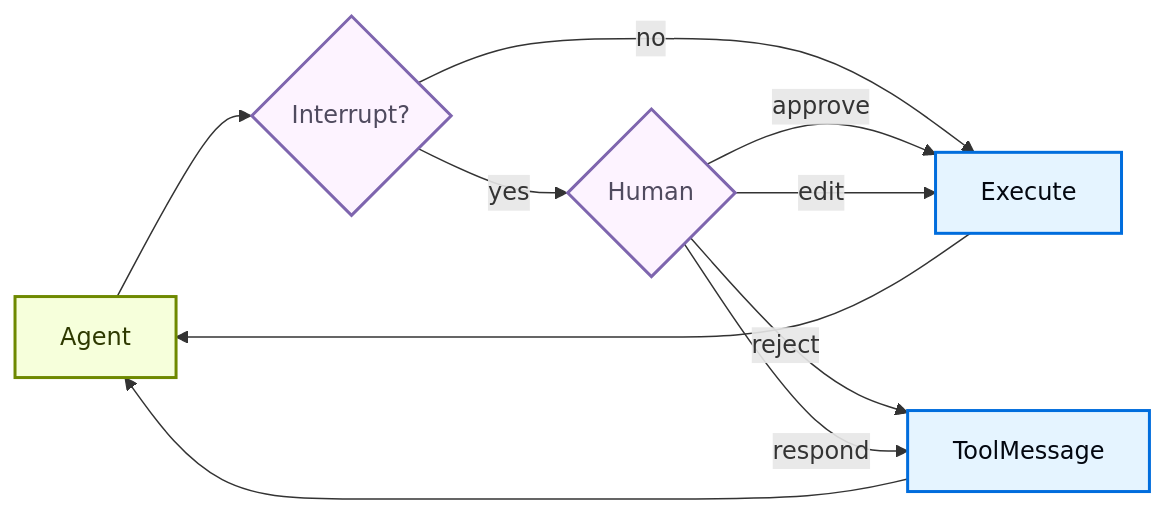
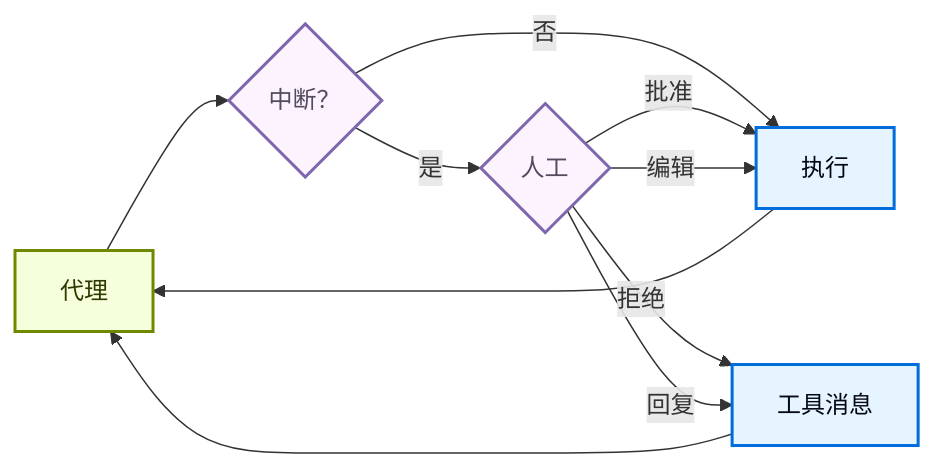
One commit to kunfan96/cndocs-langchain changed the diagram in oss/javascript/deepagents/human-in-the-loop.mdx. Above: the diagram before and after it, drawn with Mermaid. The commit also changed other lines of this file and 2498 other files, not shown here.

````diff
--- a/oss/javascript/deepagents/human-in-the-loop.mdx
+++ b/oss/javascript/deepagents/human-in-the-loop.mdx
@@ -11,24 +11,24 @@
 ```mermaid
 graph LR
-    Agent[Agent] --> Check{Interrupt?}
-    Check --> |no| Execute[Execute]
-    Check --> |yes| Human{Human}
+    Agent[代理] --> Check{中断？}
+    Check --> |否| Execute[执行]
+    Check --> |是| Human{人工}
 
-    Human --> |approve| Execute
-    Human --> |edit| Execute
-    Human --> |reject| ToolMessage[ToolMessage]
-    Human --> |respond| ToolMessage
+    Human --> |批准| Execute
+    Human --> |编辑| Execute
+    Human --> |拒绝| ToolMessage[工具消息]
+    Human --> |回复| ToolMessage
 
     Execute --> Agent
     ToolMessage --> Agent
 
     classDef trigger fill:#F6FFDB,stroke:#6E8900,stroke-width:2px,color:#2E3900
     classDef process fill:#E5F4FF,stroke:#006DDD,stroke-width:2px,color:#030710
     classDef decision fill:#FDF3FF,stroke:#7E65AE,stroke-width:2px,color:#504B5F
     classDef alert fill:#F8E8E6,stroke:#B27D75,stroke-width:2px,color:#634643
 
     class Agent trigger
     class Check,Human decision
     class Execute process
     class ToolMessage process
 ```
````
